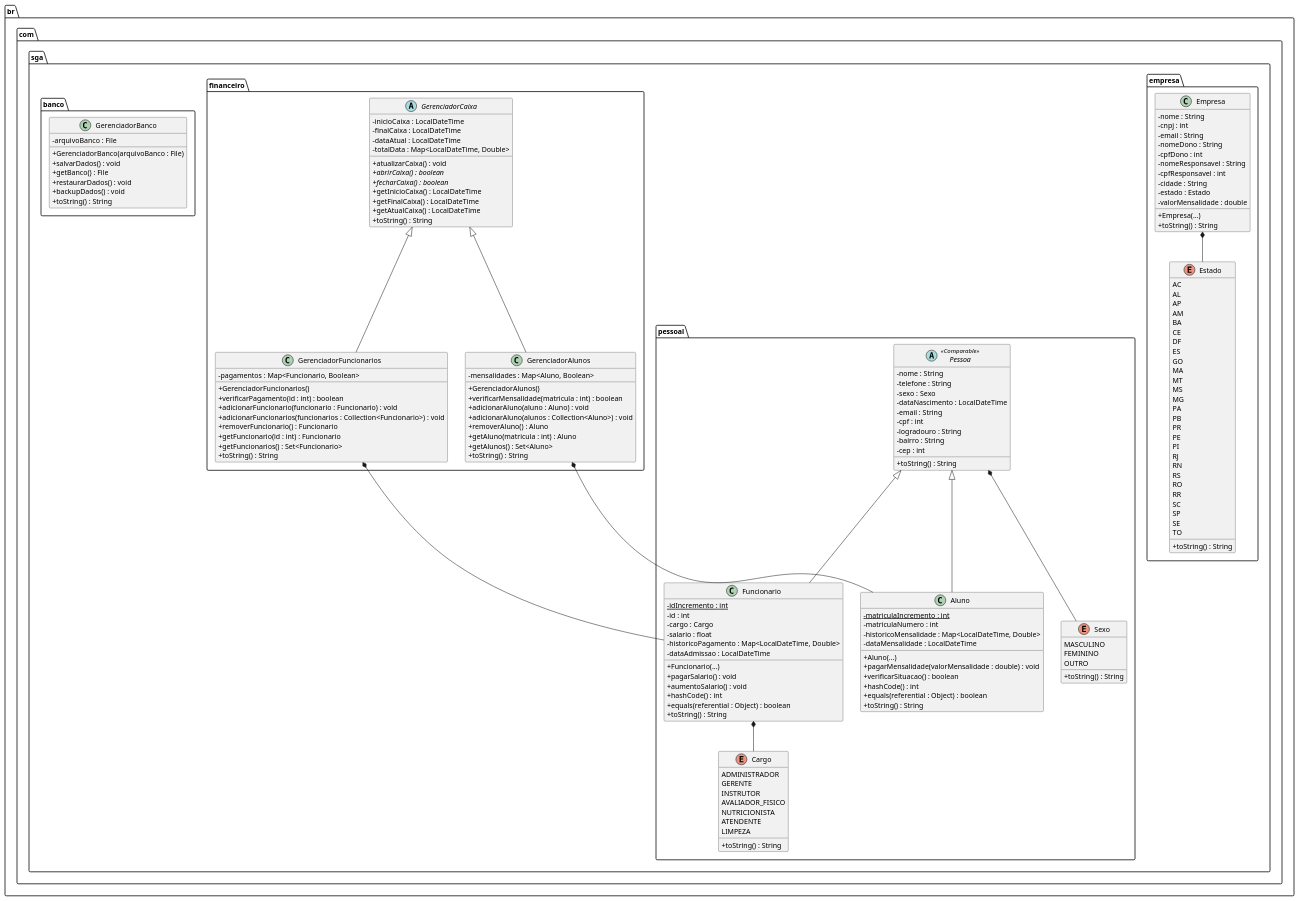
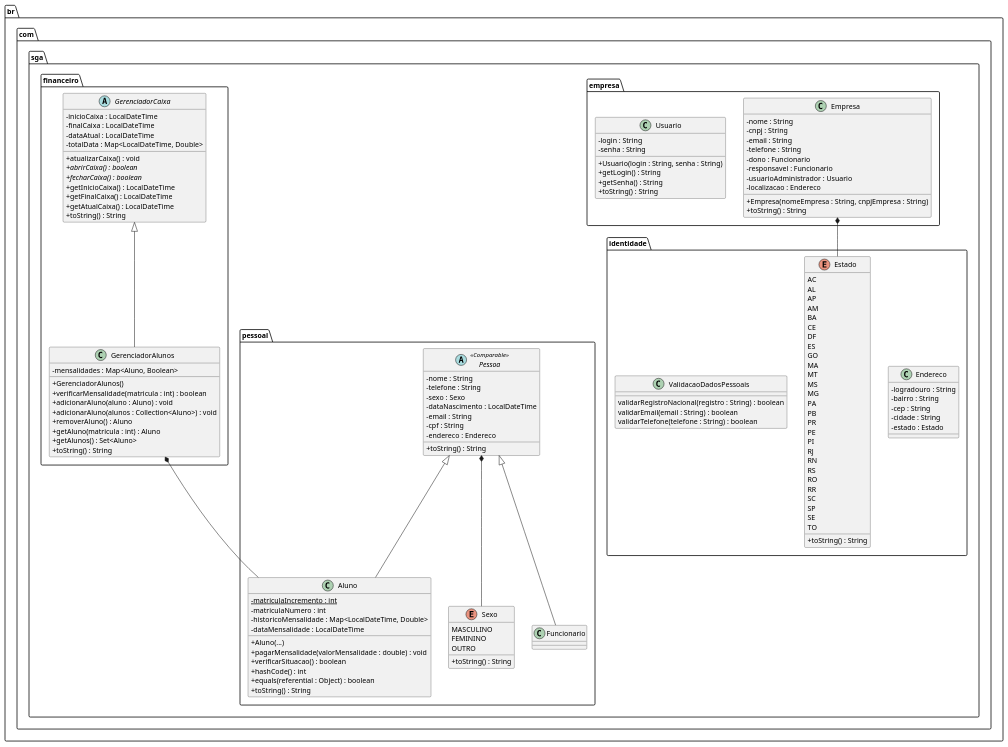
One commit to botelhocpp/SGA changed the diagram in doc/uml/sga.plantuml. Above: the diagram before and after it, drawn with PlantUML. The commit also changed other lines of this file and 4 other files, not shown here.

First line of the commit message:
Modificação no UML

```diff
--- a/doc/uml/sga.plantuml
+++ b/doc/uml/sga.plantuml
@@ -5,177 +5,149 @@
 @startuml sga
 skinparam classAttributeIconSize 0
 
 package br.com.sga.empresa <<Folder>> {
      class Empresa {
           -nome : String
-          -cnpj : int
+          -cnpj : String
           -email : String
-          -nomeDono : String
-          -cpfDono : int
-          -nomeResponsavel : String
-          -cpfResponsavel : int
+          -telefone : String
+          -dono : Funcionario
+          -responsavel : Funcionario
+          -usuarioAdministrador : Usuario
+          -localizacao : Endereco
+          +Empresa(nomeEmpresa : String, cnpjEmpresa : String)
+          +toString() : String
+     }
+
+     class Usuario {
+          -login : String
+          -senha : String
+          +Usuario(login : String, senha : String)
+          +getLogin() : String
+          +getSenha() : String
+          +toString() : String
+     }
+}
+
+package br.com.sga.identidade <<Folder>> {
+
+     class Endereco {
+          -logradouro : String
+          -bairro : String
+          -cep : String
           -cidade : String
           -estado : Estado
-          -valorMensalidade : double
-          +Empresa(...)
-          +toString() : String
      }
 
      enum Estado {
           AC
           AL
           AP
           AM
           BA
           CE
           DF
           ES
           GO
           MA
           MT
           MS
           MG
           PA
           PB
           PR
           PE
           PI
           RJ
           RN
           RS
           RO
           RR
           SC
           SP
           SE
           TO
           +toString() : String
      }
+
+     class ValidacaoDadosPessoais {
+          validarRegistroNacional(registro : String) : boolean
+          validarEmail(email : String) : boolean
+          validarTelefone(telefone : String) : boolean
+     }
+
 }
-
 package br.com.sga.pessoal <<Folder>> {
 
      abstract class Pessoa <<Comparable>> {
           -nome : String
           -telefone : String
           -sexo : Sexo
           -dataNascimento : LocalDateTime
           -email : String
-          -cpf : int
-          -logradouro : String
-          -bairro : String
-          -cep : int
+          -cpf : String
+          -endereco : Endereco
           +toString() : String
      }
 
      class Funcionario extends Pessoa {
-          {static} -idIncremento : int
-          -id : int
-          -cargo : Cargo
-          -salario : float
-          -historicoPagamento : Map<LocalDateTime, Double>
-          -dataAdmissao : LocalDateTime
-          +Funcionario(...)
-          +pagarSalario() : void
-          +aumentoSalario() : void
-          +hashCode() : int
-          +equals(referential : Object) : boolean
-          +toString() : String
+
      }
 
      class Aluno extends Pessoa {
           {static} -matriculaIncremento : int
           -matriculaNumero : int
           -historicoMensalidade : Map<LocalDateTime, Double>
           -dataMensalidade : LocalDateTime
           +Aluno(...)
           +pagarMensalidade(valorMensalidade : double) : void
           +verificarSituacao() : boolean
           +hashCode() : int
           +equals(referential : Object) : boolean
-          +toString() : String
-     }
-
-     enum Cargo {
-          ADMINISTRADOR
-          GERENTE
-          INSTRUTOR
-          AVALIADOR_FISICO
-          NUTRICIONISTA
-          ATENDENTE
-          LIMPEZA
           +toString() : String
      }
 
      enum Sexo {
           MASCULINO
           FEMININO
           OUTRO
           +toString() : String
      }
 }
 
 package br.com.sga.financeiro <<Folder>> {
 
      abstract class GerenciadorCaixa {
           -inicioCaixa : LocalDateTime
           -finalCaixa : LocalDateTime
           -dataAtual : LocalDateTime
           -totalData : Map<LocalDateTime, Double>
           +atualizarCaixa() : void
           {abstract} +abrirCaixa() : boolean
           {abstract} +fecharCaixa() : boolean
           +getInicioCaixa() : LocalDateTime
           +getFinalCaixa() : LocalDateTime
           +getAtualCaixa() : LocalDateTime
           +toString() : String
      }
 
      class GerenciadorAlunos extends GerenciadorCaixa {
           -mensalidades : Map<Aluno, Boolean>
           +GerenciadorAlunos()
           +verificarMensalidade(matricula : int) : boolean
           +adicionarAluno(aluno : Aluno) : void
           +adicionarAluno(alunos : Collection<Aluno>) : void
           +removerAluno() : Aluno
           +getAluno(matricula : int) : Aluno
           +getAlunos() : Set<Aluno>
           +toString() : String
      }
-
-     class GerenciadorFuncionarios extends GerenciadorCaixa {
-          -pagamentos : Map<Funcionario, Boolean>
-          +GerenciadorFuncionarios()
-          +verificarPagamento(id : int) : boolean
-          +adicionarFuncionario(funcionario : Funcionario) : void
-          +adicionarFuncionarios(funcionarios : Collection<Funcionario>) : void
-          +removerFuncionario() : Funcionario
-          +getFuncionario(id : int) : Funcionario
-          +getFuncionarios() : Set<Funcionario>
-          +toString() : String
-     }
-}
-
-package br.com.sga.banco <<Folder>> {
-     class GerenciadorBanco {
-          -arquivoBanco : File
-          +GerenciadorBanco(arquivoBanco : File)
-          +salvarDados() : void
-          +getBanco() : File
-          +restaurarDados() : void
-          +backupDados() : void
-          +toString() : String
-     }
 }
 
 Pessoa *-- Sexo
-
-Funcionario *-- Cargo
-
-GerenciadorFuncionarios *-- Funcionario
 
 GerenciadorAlunos *-- Aluno
 
 Empresa *-- Estado
 
 @enduml
```
